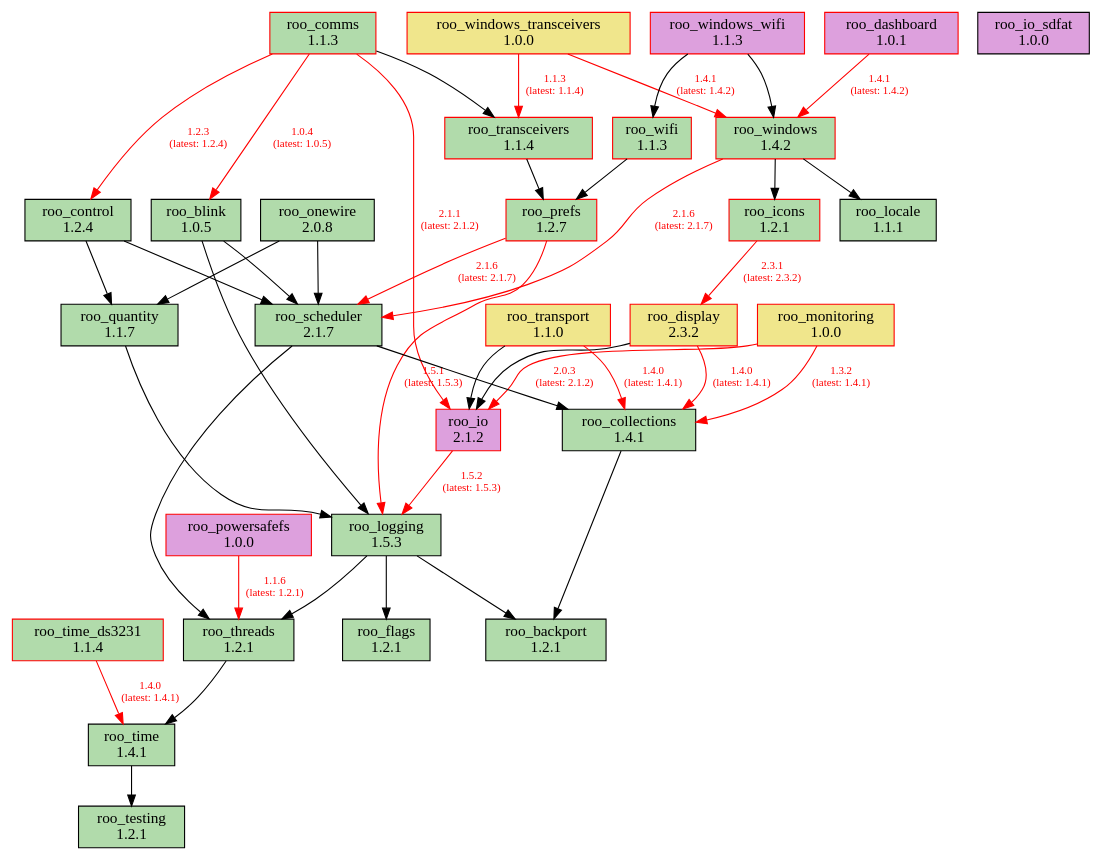
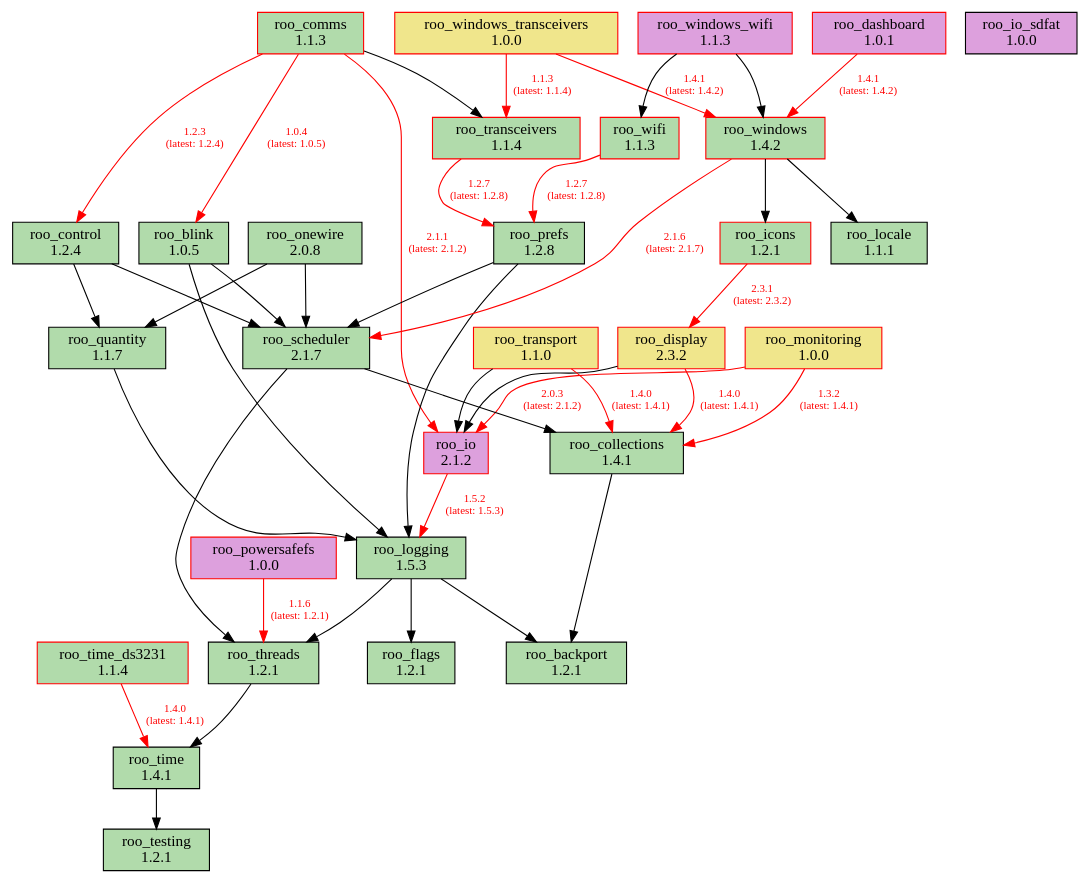
One commit to dejwk/roo-registry changed the diagram in doc/dependencies.dot. Above: the diagram before and after it, drawn with Graphviz. The commit also changed 3 other files, not shown here.

Commit message:
Added roo_prefs 1.2.8 to the registry.

```diff
--- a/doc/dependencies.dot
+++ b/doc/dependencies.dot
@@ -1,79 +1,79 @@
 digraph dependencies {
     rankdir=TB;
     node [shape=box, style=filled];
     edge [fontsize=10];
 
     // Modules
     "roo_backport" [label="roo_backport\n1.2.1", fillcolor="#b1dbab", color="black"];
     "roo_blink" [label="roo_blink\n1.0.5", fillcolor="#b1dbab", color="black"];
     "roo_collections" [label="roo_collections\n1.4.1", fillcolor="#b1dbab", color="black"];
     "roo_comms" [label="roo_comms\n1.1.3", fillcolor="#b1dbab", color="red"];
     "roo_control" [label="roo_control\n1.2.4", fillcolor="#b1dbab", color="black"];
     "roo_dashboard" [label="roo_dashboard\n1.0.1", fillcolor="plum", color="red"];
     "roo_display" [label="roo_display\n2.3.2", fillcolor="khaki", color="red"];
     "roo_flags" [label="roo_flags\n1.2.1", fillcolor="#b1dbab", color="black"];
     "roo_icons" [label="roo_icons\n1.2.1", fillcolor="#b1dbab", color="red"];
     "roo_io" [label="roo_io\n2.1.2", fillcolor="plum", color="red"];
     "roo_io_sdfat" [label="roo_io_sdfat\n1.0.0", fillcolor="plum", color="black"];
     "roo_locale" [label="roo_locale\n1.1.1", fillcolor="#b1dbab", color="black"];
     "roo_logging" [label="roo_logging\n1.5.3", fillcolor="#b1dbab", color="black"];
     "roo_monitoring" [label="roo_monitoring\n1.0.0", fillcolor="khaki", color="red"];
     "roo_onewire" [label="roo_onewire\n2.0.8", fillcolor="#b1dbab", color="black"];
     "roo_powersafefs" [label="roo_powersafefs\n1.0.0", fillcolor="plum", color="red"];
-    "roo_prefs" [label="roo_prefs\n1.2.7", fillcolor="#b1dbab", color="red"];
+    "roo_prefs" [label="roo_prefs\n1.2.8", fillcolor="#b1dbab", color="black"];
     "roo_quantity" [label="roo_quantity\n1.1.7", fillcolor="#b1dbab", color="black"];
     "roo_scheduler" [label="roo_scheduler\n2.1.7", fillcolor="#b1dbab", color="black"];
     "roo_testing" [label="roo_testing\n1.2.1", fillcolor="#b1dbab", color="black"];
     "roo_threads" [label="roo_threads\n1.2.1", fillcolor="#b1dbab", color="black"];
     "roo_time" [label="roo_time\n1.4.1", fillcolor="#b1dbab", color="black"];
     "roo_time_ds3231" [label="roo_time_ds3231\n1.1.4", fillcolor="#b1dbab", color="red"];
     "roo_transceivers" [label="roo_transceivers\n1.1.4", fillcolor="#b1dbab", color="red"];
     "roo_transport" [label="roo_transport\n1.1.0", fillcolor="khaki", color="red"];
     "roo_wifi" [label="roo_wifi\n1.1.3", fillcolor="#b1dbab", color="red"];
     "roo_windows" [label="roo_windows\n1.4.2", fillcolor="#b1dbab", color="red"];
     "roo_windows_transceivers" [label="roo_windows_transceivers\n1.0.0", fillcolor="khaki", color="red"];
     "roo_windows_wifi" [label="roo_windows_wifi\n1.1.3", fillcolor="plum", color="red"];
 
     // Dependencies
     "roo_blink" -> "roo_logging";
     "roo_blink" -> "roo_scheduler";
     "roo_collections" -> "roo_backport";
     "roo_comms" -> "roo_blink" [color=red, fontcolor=red, label="1.0.4\n(latest: 1.0.5)"];
     "roo_comms" -> "roo_control" [color=red, fontcolor=red, label="1.2.3\n(latest: 1.2.4)"];
     "roo_comms" -> "roo_io" [color=red, fontcolor=red, label="2.1.1\n(latest: 2.1.2)"];
     "roo_comms" -> "roo_transceivers";
     "roo_control" -> "roo_quantity";
     "roo_control" -> "roo_scheduler";
     "roo_dashboard" -> "roo_windows" [color=red, fontcolor=red, label="1.4.1\n(latest: 1.4.2)"];
     "roo_display" -> "roo_collections" [color=red, fontcolor=red, label="1.4.0\n(latest: 1.4.1)"];
     "roo_display" -> "roo_io";
     "roo_icons" -> "roo_display" [color=red, fontcolor=red, label="2.3.1\n(latest: 2.3.2)"];
     "roo_io" -> "roo_logging" [color=red, fontcolor=red, label="1.5.2\n(latest: 1.5.3)"];
     "roo_logging" -> "roo_backport";
     "roo_logging" -> "roo_flags";
     "roo_logging" -> "roo_threads";
     "roo_monitoring" -> "roo_collections" [color=red, fontcolor=red, label="1.3.2\n(latest: 1.4.1)"];
     "roo_monitoring" -> "roo_io" [color=red, fontcolor=red, label="2.0.3\n(latest: 2.1.2)"];
     "roo_onewire" -> "roo_scheduler";
     "roo_onewire" -> "roo_quantity";
     "roo_powersafefs" -> "roo_threads" [color=red, fontcolor=red, label="1.1.6\n(latest: 1.2.1)"];
-    "roo_prefs" -> "roo_logging" [color=red, fontcolor=red, label="1.5.1\n(latest: 1.5.3)"];
-    "roo_prefs" -> "roo_scheduler" [color=red, fontcolor=red, label="2.1.6\n(latest: 2.1.7)"];
+    "roo_prefs" -> "roo_logging";
+    "roo_prefs" -> "roo_scheduler";
     "roo_quantity" -> "roo_logging";
     "roo_scheduler" -> "roo_collections";
     "roo_scheduler" -> "roo_threads";
     "roo_threads" -> "roo_time";
     "roo_time" -> "roo_testing";
     "roo_time_ds3231" -> "roo_time" [color=red, fontcolor=red, label="1.4.0\n(latest: 1.4.1)"];
-    "roo_transceivers" -> "roo_prefs";
+    "roo_transceivers" -> "roo_prefs" [color=red, fontcolor=red, label="1.2.7\n(latest: 1.2.8)"];
     "roo_transport" -> "roo_collections" [color=red, fontcolor=red, label="1.4.0\n(latest: 1.4.1)"];
     "roo_transport" -> "roo_io";
-    "roo_wifi" -> "roo_prefs";
+    "roo_wifi" -> "roo_prefs" [color=red, fontcolor=red, label="1.2.7\n(latest: 1.2.8)"];
     "roo_windows" -> "roo_locale";
     "roo_windows" -> "roo_icons";
     "roo_windows" -> "roo_scheduler" [color=red, fontcolor=red, label="2.1.6\n(latest: 2.1.7)"];
     "roo_windows_transceivers" -> "roo_transceivers" [color=red, fontcolor=red, label="1.1.3\n(latest: 1.1.4)"];
     "roo_windows_transceivers" -> "roo_windows" [color=red, fontcolor=red, label="1.4.1\n(latest: 1.4.2)"];
     "roo_windows_wifi" -> "roo_wifi";
     "roo_windows_wifi" -> "roo_windows";
 }
```
